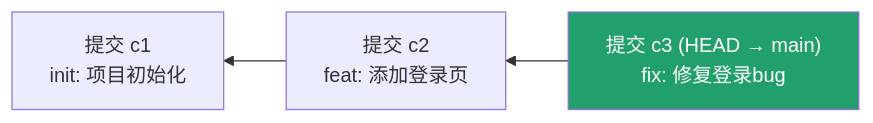
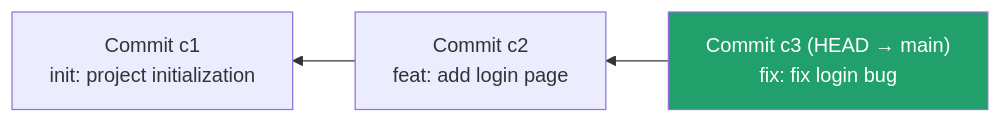
The diagram in Git/log/README.md (kelvinlee97/engineering), drawn with Mermaid before and after one commit. The commit also changed other lines of this file and 16 other files, not shown here.

First line of the commit message:
fix: conform Git tutorial to bilingual + Mermaid accessibility contract

````diff
--- a/Git/log/README.md
+++ b/Git/log/README.md
@@ -9,7 +11,9 @@
 ```mermaid
 flowchart RL
-    C3["提交 c3 (HEAD → main)<br/>fix: 修复登录bug"] --> C2["提交 c2<br/>feat: 添加登录页"]
-    C2 --> C1["提交 c1<br/>init: 项目初始化"]
+    accTitle: Commit history chain, newest commit first
+    accDescr: Starting from the earliest commit c1, c2 points back to c1, and the newest commit c3 points back to c2; both HEAD and the main branch point at c3. git log prints this chain from newest to oldest by default.
+    C3["Commit c3 (HEAD → main)<br/>fix: fix login bug"] --> C2["Commit c2<br/>feat: add login page"]
+    C2 --> C1["Commit c1<br/>init: project initialization"]
 
     style C3 fill:#22a06b,color:#fff
 ```
````
